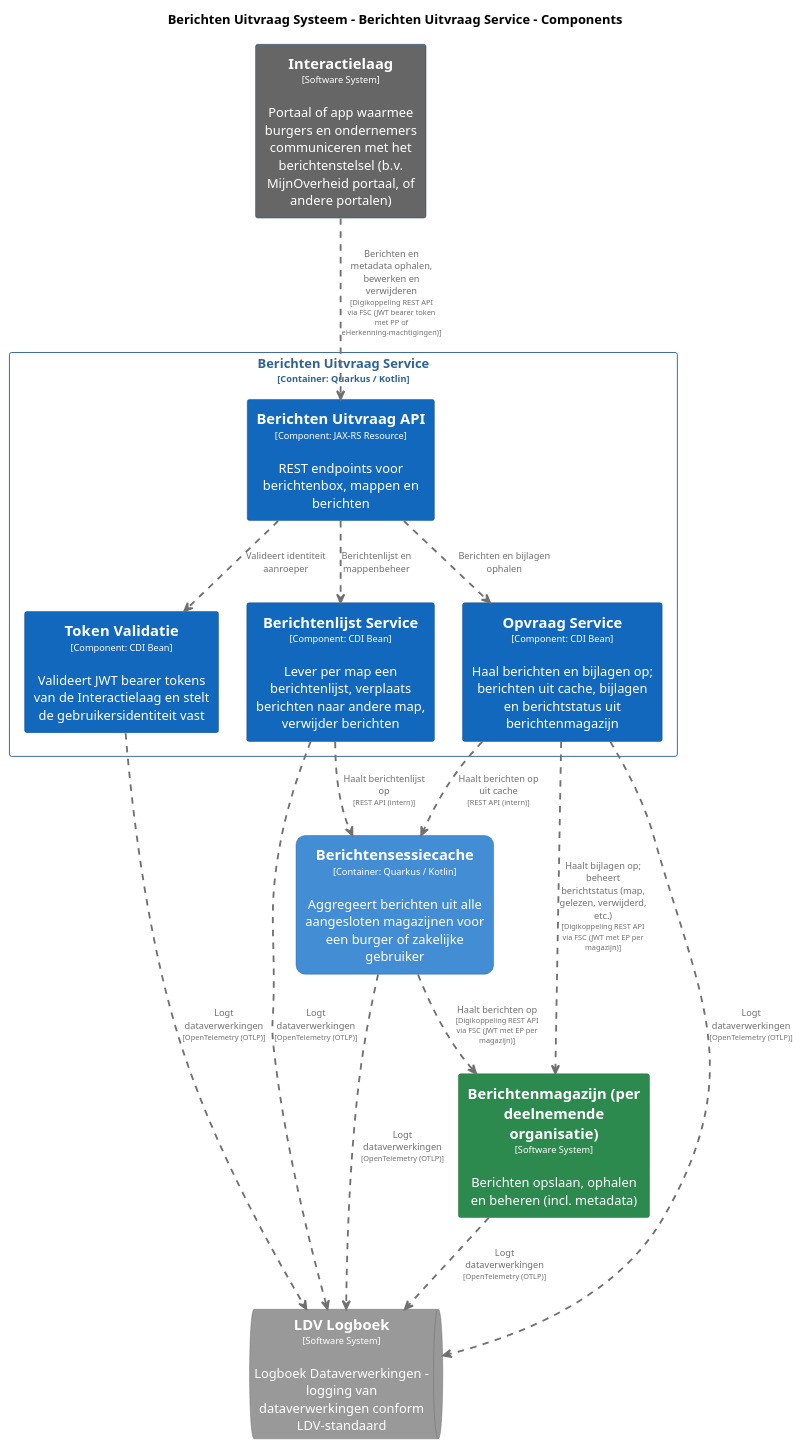
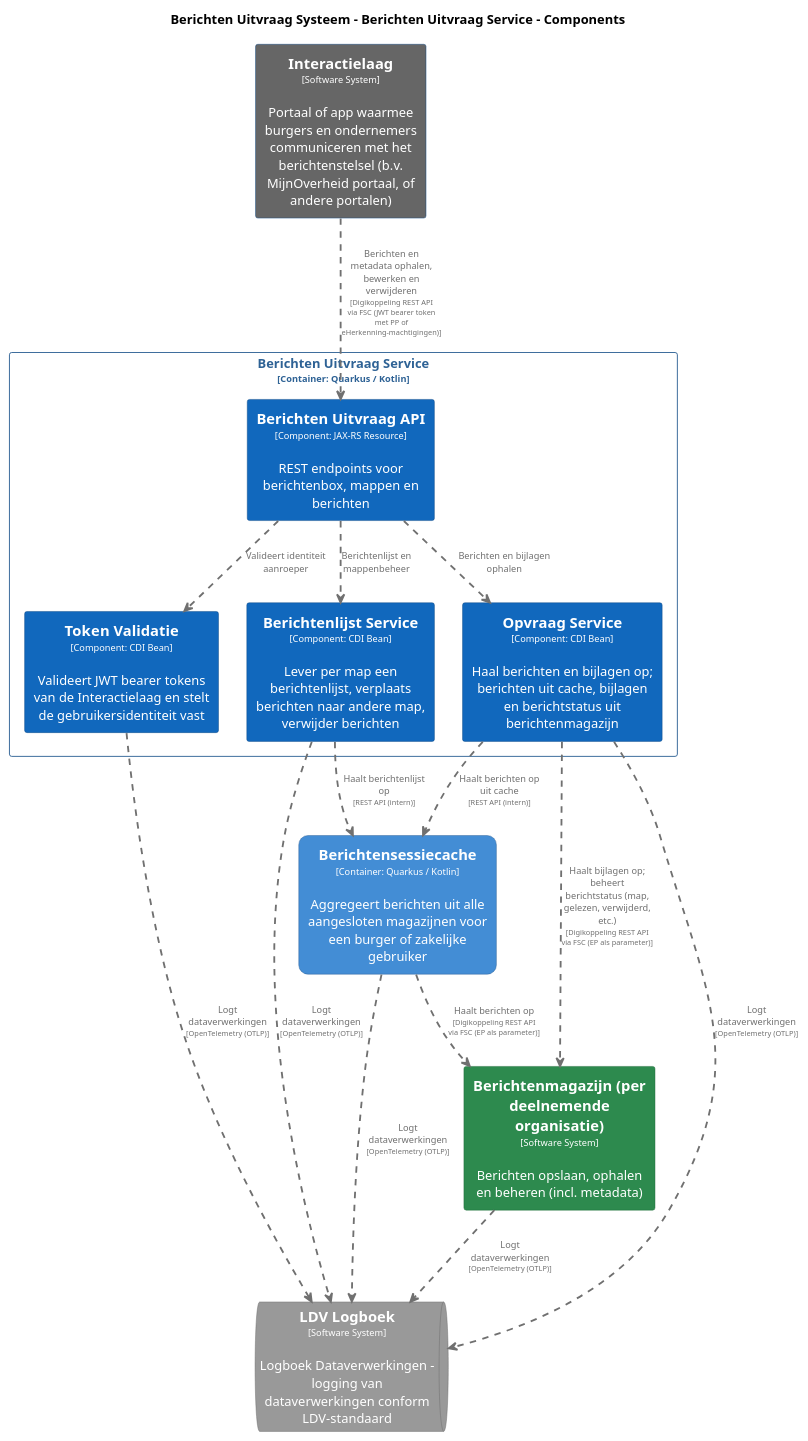
The diagram in pr-preview/pr-22/master/puml/BerichtenUitvraagServiceComponenten.puml (MinBZK/moza-poc-fbs-berichtenbox), drawn with PlantUML before and after one commit. The commit also changed 22 other files, not shown here.

```diff
--- a/pr-preview/pr-22/master/puml/BerichtenUitvraagServiceComponenten.puml
+++ b/pr-preview/pr-22/master/puml/BerichtenUitvraagServiceComponenten.puml
@@ -1,98 +1,98 @@
 @startuml
 set separator none
 title Berichten Uitvraag Systeem - Berichten Uitvraag Service - Components
 
 top to bottom direction
 skinparam ranksep 60
 skinparam nodesep 30
 
 skinparam {
   arrowFontSize 10
   defaultTextAlignment center
   wrapWidth 200
   maxMessageSize 100
 }
 
 hide stereotype
 
 skinparam rectangle<<BerichtenUitvraagSysteem.BerichtenUitvraagService.BerichtenUitvraagAPI>> {
   BackgroundColor #1168bd
   FontColor #ffffff
   BorderColor #0b4884
   shadowing false
 }
 skinparam rectangle<<BerichtenUitvraagSysteem.BerichtenUitvraagService.BerichtenlijstService>> {
   BackgroundColor #1168bd
   FontColor #ffffff
   BorderColor #0b4884
   shadowing false
 }
 skinparam rectangle<<Berichtenmagazijnperdeelnemendeorganisatie>> {
   BackgroundColor #2d8a4e
   FontColor #ffffff
   BorderColor #1e6b38
   shadowing false
 }
 skinparam rectangle<<BerichtenUitvraagSysteem.Berichtensessiecache>> {
   BackgroundColor #438dd5
   FontColor #ffffff
   BorderColor #2e6295
   roundCorner 20
   shadowing false
 }
 skinparam rectangle<<Interactielaag>> {
   BackgroundColor #666666
   FontColor #ffffff
   BorderColor #0b4884
   shadowing false
 }
 skinparam queue<<LDVLogboek>> {
   BackgroundColor #999999
   FontColor #ffffff
   BorderColor #6b6b6b
   shadowing false
 }
 skinparam rectangle<<BerichtenUitvraagSysteem.BerichtenUitvraagService.OpvraagService>> {
   BackgroundColor #1168bd
   FontColor #ffffff
   BorderColor #0b4884
   shadowing false
 }
 skinparam rectangle<<BerichtenUitvraagSysteem.BerichtenUitvraagService.TokenValidatie>> {
   BackgroundColor #1168bd
   FontColor #ffffff
   BorderColor #0b4884
   shadowing false
 }
 skinparam rectangle<<BerichtenUitvraagSysteem.BerichtenUitvraagService>> {
   BorderColor #2e6295
   FontColor #2e6295
   shadowing false
 }
 
 rectangle "==Interactielaag\n<size:10>[Software System]</size>\n\nPortaal of app waarmee burgers en ondernemers communiceren met het berichtenstelsel (b.v. MijnOverheid portaal, of andere portalen)" <<Interactielaag>> as Interactielaag
 rectangle "==Berichtenmagazijn (per deelnemende organisatie)\n<size:10>[Software System]</size>\n\nBerichten opslaan, ophalen en beheren (incl. metadata)" <<Berichtenmagazijnperdeelnemendeorganisatie>> as Berichtenmagazijnperdeelnemendeorganisatie
 rectangle "==Berichtensessiecache\n<size:10>[Container: Quarkus / Kotlin]</size>\n\nAggregeert berichten uit alle aangesloten magazijnen voor een burger of zakelijke gebruiker" <<BerichtenUitvraagSysteem.Berichtensessiecache>> as BerichtenUitvraagSysteem.Berichtensessiecache
 queue "==LDV Logboek\n<size:10>[Software System]</size>\n\nLogboek Dataverwerkingen - logging van dataverwerkingen conform LDV-standaard" <<LDVLogboek>> as LDVLogboek
 
 rectangle "Berichten Uitvraag Service\n<size:10>[Container: Quarkus / Kotlin]</size>" <<BerichtenUitvraagSysteem.BerichtenUitvraagService>> {
   rectangle "==Berichten Uitvraag API\n<size:10>[Component: JAX-RS Resource]</size>\n\nREST endpoints voor berichtenbox, mappen en berichten" <<BerichtenUitvraagSysteem.BerichtenUitvraagService.BerichtenUitvraagAPI>> as BerichtenUitvraagSysteem.BerichtenUitvraagService.BerichtenUitvraagAPI
   rectangle "==Token Validatie\n<size:10>[Component: CDI Bean]</size>\n\nValideert JWT bearer tokens van de Interactielaag en stelt de gebruikersidentiteit vast" <<BerichtenUitvraagSysteem.BerichtenUitvraagService.TokenValidatie>> as BerichtenUitvraagSysteem.BerichtenUitvraagService.TokenValidatie
   rectangle "==Berichtenlijst Service\n<size:10>[Component: CDI Bean]</size>\n\nLever per map een berichtenlijst, verplaats berichten naar andere map, verwijder berichten" <<BerichtenUitvraagSysteem.BerichtenUitvraagService.BerichtenlijstService>> as BerichtenUitvraagSysteem.BerichtenUitvraagService.BerichtenlijstService
   rectangle "==Opvraag Service\n<size:10>[Component: CDI Bean]</size>\n\nHaal berichten en bijlagen op; berichten uit cache, bijlagen en berichtstatus uit berichtenmagazijn" <<BerichtenUitvraagSysteem.BerichtenUitvraagService.OpvraagService>> as BerichtenUitvraagSysteem.BerichtenUitvraagService.OpvraagService
 }
 
-BerichtenUitvraagSysteem.Berichtensessiecache .[#707070,thickness=2].> Berichtenmagazijnperdeelnemendeorganisatie : "<color:#707070>Haalt berichten op\n<color:#707070><size:8>[Digikoppeling REST API via FSC (JWT met EP per magazijn)]</size>"
+BerichtenUitvraagSysteem.Berichtensessiecache .[#707070,thickness=2].> Berichtenmagazijnperdeelnemendeorganisatie : "<color:#707070>Haalt berichten op\n<color:#707070><size:8>[Digikoppeling REST API via FSC (EP als parameter)]</size>"
 Berichtenmagazijnperdeelnemendeorganisatie .[#707070,thickness=2].> LDVLogboek : "<color:#707070>Logt dataverwerkingen\n<color:#707070><size:8>[OpenTelemetry (OTLP)]</size>"
 BerichtenUitvraagSysteem.Berichtensessiecache .[#707070,thickness=2].> LDVLogboek : "<color:#707070>Logt dataverwerkingen\n<color:#707070><size:8>[OpenTelemetry (OTLP)]</size>"
 BerichtenUitvraagSysteem.BerichtenUitvraagService.TokenValidatie .[#707070,thickness=2].> LDVLogboek : "<color:#707070>Logt dataverwerkingen\n<color:#707070><size:8>[OpenTelemetry (OTLP)]</size>"
 BerichtenUitvraagSysteem.BerichtenUitvraagService.BerichtenlijstService .[#707070,thickness=2].> LDVLogboek : "<color:#707070>Logt dataverwerkingen\n<color:#707070><size:8>[OpenTelemetry (OTLP)]</size>"
 BerichtenUitvraagSysteem.BerichtenUitvraagService.OpvraagService .[#707070,thickness=2].> LDVLogboek : "<color:#707070>Logt dataverwerkingen\n<color:#707070><size:8>[OpenTelemetry (OTLP)]</size>"
 BerichtenUitvraagSysteem.BerichtenUitvraagService.BerichtenUitvraagAPI .[#707070,thickness=2].> BerichtenUitvraagSysteem.BerichtenUitvraagService.TokenValidatie : "<color:#707070>Valideert identiteit aanroeper"
 BerichtenUitvraagSysteem.BerichtenUitvraagService.BerichtenUitvraagAPI .[#707070,thickness=2].> BerichtenUitvraagSysteem.BerichtenUitvraagService.BerichtenlijstService : "<color:#707070>Berichtenlijst en mappenbeheer"
 BerichtenUitvraagSysteem.BerichtenUitvraagService.BerichtenUitvraagAPI .[#707070,thickness=2].> BerichtenUitvraagSysteem.BerichtenUitvraagService.OpvraagService : "<color:#707070>Berichten en bijlagen ophalen"
 BerichtenUitvraagSysteem.BerichtenUitvraagService.OpvraagService .[#707070,thickness=2].> BerichtenUitvraagSysteem.Berichtensessiecache : "<color:#707070>Haalt berichten op uit cache\n<color:#707070><size:8>[REST API (intern)]</size>"
 BerichtenUitvraagSysteem.BerichtenUitvraagService.BerichtenlijstService .[#707070,thickness=2].> BerichtenUitvraagSysteem.Berichtensessiecache : "<color:#707070>Haalt berichtenlijst op\n<color:#707070><size:8>[REST API (intern)]</size>"
 Interactielaag .[#707070,thickness=2].> BerichtenUitvraagSysteem.BerichtenUitvraagService.BerichtenUitvraagAPI : "<color:#707070>Berichten en metadata ophalen, bewerken en verwijderen\n<color:#707070><size:8>[Digikoppeling REST API via FSC (JWT bearer token met PP of eHerkenning-machtigingen)]</size>"
-BerichtenUitvraagSysteem.BerichtenUitvraagService.OpvraagService .[#707070,thickness=2].> Berichtenmagazijnperdeelnemendeorganisatie : "<color:#707070>Haalt bijlagen op; beheert berichtstatus (map, gelezen, verwijderd, etc.)\n<color:#707070><size:8>[Digikoppeling REST API via FSC (JWT met EP per magazijn)]</size>"
+BerichtenUitvraagSysteem.BerichtenUitvraagService.OpvraagService .[#707070,thickness=2].> Berichtenmagazijnperdeelnemendeorganisatie : "<color:#707070>Haalt bijlagen op; beheert berichtstatus (map, gelezen, verwijderd, etc.)\n<color:#707070><size:8>[Digikoppeling REST API via FSC (EP als parameter)]</size>"
 @enduml
```
